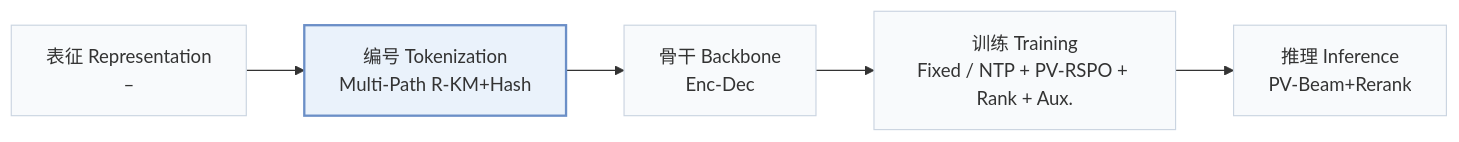
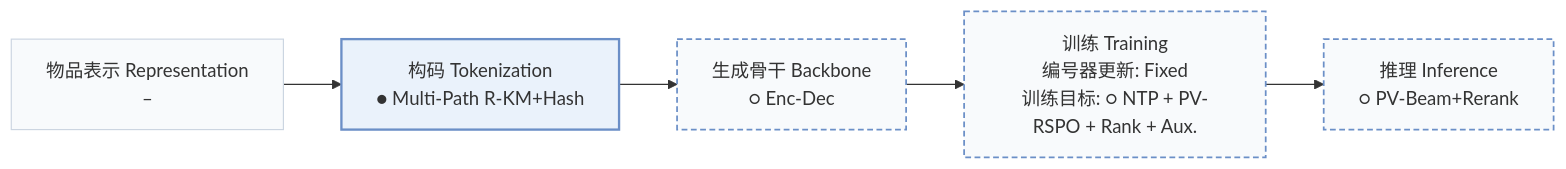
One commit to Galaxy-ghost/Awesome-SID-Generative-Rec changed the first of 2 diagrams in pages/zh/papers/gr4ad-x.md. Above: the diagram before and after it, drawn with Mermaid. The commit also changed other lines of this file and 558 other files, not shown here.

````diff
--- a/pages/zh/papers/gr4ad-x.md
+++ b/pages/zh/papers/gr4ad-x.md
@@ -15,8 +18,10 @@
 ```mermaid
 flowchart LR
-    R["表征 Representation<br/>–"] --> T["编号 Tokenization<br/>Multi-Path R-KM+Hash"] --> B["骨干 Backbone<br/>Enc-Dec"] --> TR["训练 Training<br/>Fixed / NTP + PV-RSPO + Rank + Aux."] --> I["推理 Inference<br/>PV-Beam+Rerank"]
+    R["物品表示 Representation<br/>–"] --> T["构码 Tokenization<br/>● Multi-Path R-KM+Hash"] --> B["生成骨干 Backbone<br/>○ Enc-Dec"] --> TR["训练 Training<br/>编号器更新: Fixed<br/>训练目标: ○ NTP + PV-RSPO + Rank + Aux."] --> I["推理 Inference<br/>○ PV-Beam+Rerank"]
     classDef base fill:#f8fafc,stroke:#cbd5e1
     class R,T,B,TR,I base
+    classDef other fill:#f8fafc,stroke:#6b8fc7,stroke-width:1.5px,stroke-dasharray:5 3
+    class B,TR,I other
     classDef main fill:#eaf2fb,stroke:#6b8fc7,stroke-width:2px
     class T main
 ```
````
